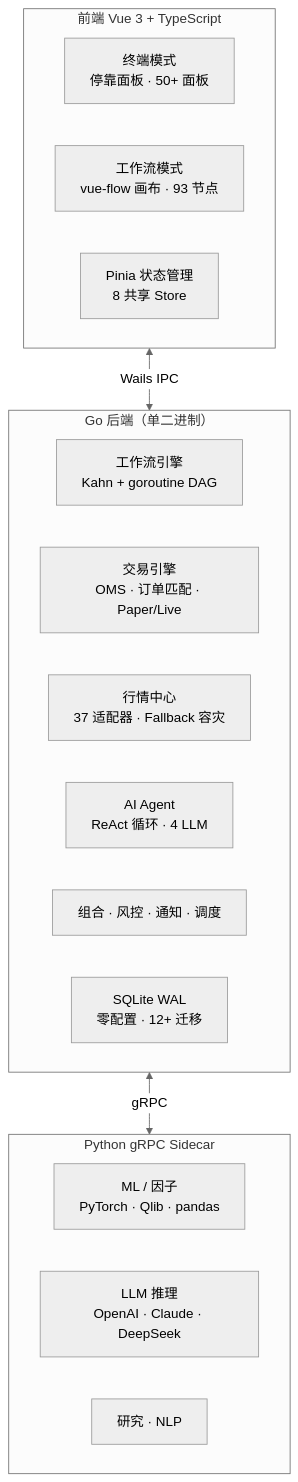
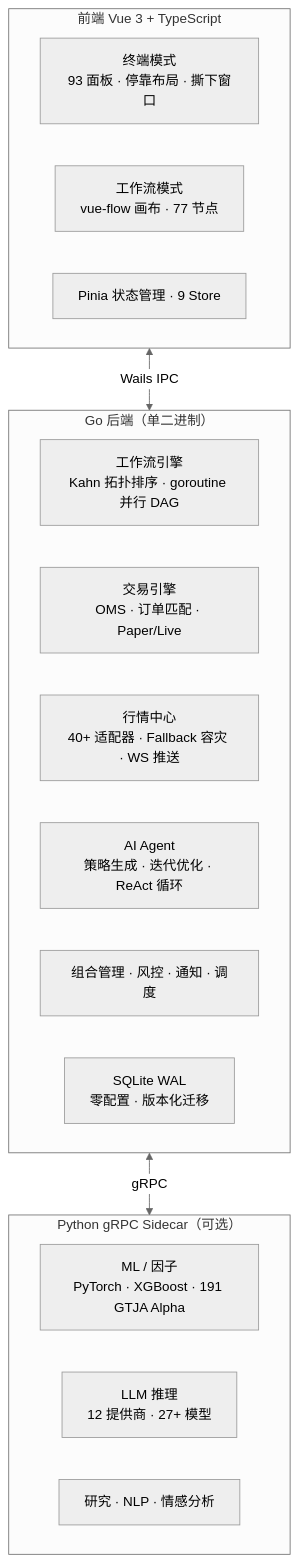
Before and after one commit to SZWzz/QuantFlow: the diagram in README.md, drawn with Mermaid (neutral theme). The commit also changed other lines of this file and 109 other files, not shown here.

````diff
--- a/README.md
+++ b/README.md
@@ -39,26 +94,26 @@
 ```mermaid
 graph TB
     subgraph FE["前端 Vue 3 + TypeScript"]
-        TM["终端模式<br/>停靠面板 · 50+ 面板"]
-        WM["工作流模式<br/>vue-flow 画布 · 93 节点"]
-        PS["Pinia 状态管理<br/>8 共享 Store"]
+        TM["终端模式<br/>93 面板 · 停靠布局 · 撕下窗口"]
+        WM["工作流模式<br/>vue-flow 画布 · 77 节点"]
+        PS["Pinia 状态管理 · 9 Store"]
     end
 
     subgraph BE["Go 后端（单二进制）"]
-        WE["工作流引擎<br/>Kahn + goroutine DAG"]
+        WE["工作流引擎<br/>Kahn 拓扑排序 · goroutine 并行 DAG"]
         TE["交易引擎<br/>OMS · 订单匹配 · Paper/Live"]
-        MH["行情中心<br/>37 适配器 · Fallback 容灾"]
-        AI["AI Agent<br/>ReAct 循环 · 4 LLM"]
-        PR["组合 · 风控 · 通知 · 调度"]
-        ST["SQLite WAL<br/>零配置 · 12+ 迁移"]
+        MH["行情中心<br/>40+ 适配器 · Fallback 容灾 · WS 推送"]
+        AI["AI Agent<br/>策略生成 · 迭代优化 · ReAct 循环"]
+        PR["组合管理 · 风控 · 通知 · 调度"]
+        ST["SQLite WAL<br/>零配置 · 版本化迁移"]
     end
 
-    subgraph PY["Python gRPC Sidecar"]
-        ML["ML / 因子<br/>PyTorch · Qlib · pandas"]
-        LLM["LLM 推理<br/>OpenAI · Claude · DeepSeek"]
-        NL["研究 · NLP"]
+    subgraph PY["Python gRPC Sidecar（可选）"]
+        ML["ML / 因子<br/>PyTorch · XGBoost · 191 GTJA Alpha"]
+        LLM["LLM 推理<br/>12 提供商 · 27+ 模型"]
+        NL["研究 · NLP · 情感分析"]
     end
 
     FE <-->|Wails IPC| BE
     BE <-->|gRPC| PY
 ```
````
